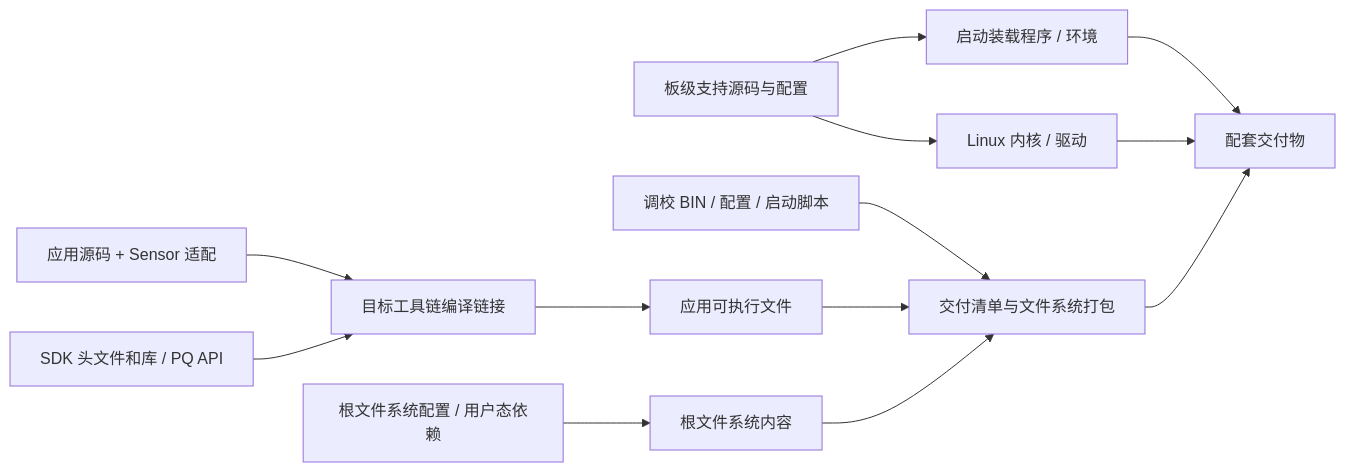
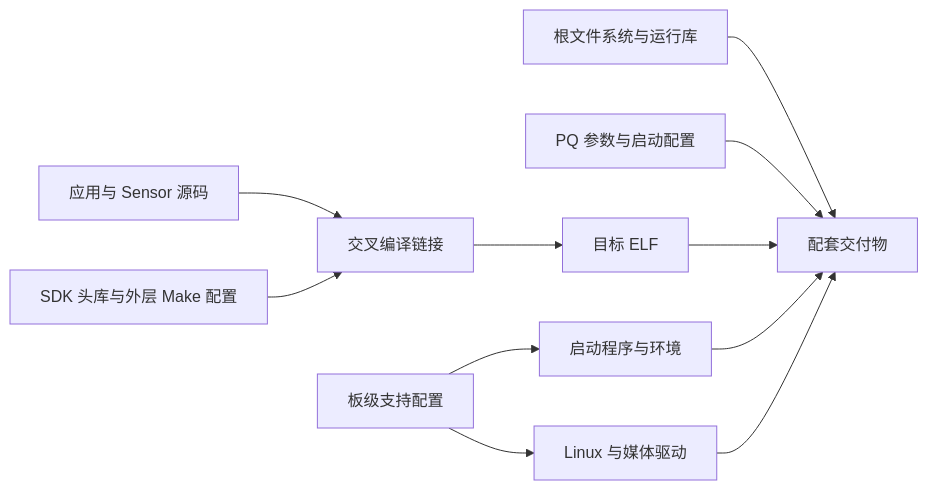
Before and after one commit to Bamboo-tt/Hi3516_Data_Transmission: the first of 3 diagrams in docs/Hi3516CV610_项目学习/01_项目总览与三条流程.md, drawn with Mermaid. The commit also changed other lines of this file and 23 other files, not shown here.

Commit message:
docs: refine Hi3516 learning guide and architecture analysis

````diff
--- a/docs/Hi3516CV610_项目学习/01_项目总览与三条流程.md
+++ b/docs/Hi3516CV610_项目学习/01_项目总览与三条流程.md
@@ -46,15 +51,13 @@
-~~~mermaid
+```mermaid
 flowchart LR
-    BSP["板级支持源码与配置"] --> Boot["启动装载程序 / 环境"]
-    BSP --> Kernel["Linux 内核 / 驱动"]
-    RootCfg["根文件系统配置 / 用户态依赖"] --> Rootfs["根文件系统内容"]
-    AppSrc["应用源码 + Sensor 适配"] --> Build["目标工具链编译链接"]
-    SDK["SDK 头文件和库 / PQ API"] --> Build
-    Build --> App["应用可执行文件"]
-    PQ["调校 BIN / 配置 / 启动脚本"] --> Package["交付清单与文件系统打包"]
-    App --> Package
-    Rootfs --> Package
-    Boot --> Delivery["配套交付物"]
+    BSP["板级支持配置"] --> Boot["启动程序与环境"]
+    BSP --> Kernel["Linux 与媒体驱动"]
+    Src["应用与 Sensor 源码"] --> Build["交叉编译链接"]
+    SDK["SDK 头库与外层 Make 配置"] --> Build
+    Build --> App["目标 ELF"]
+    Root["根文件系统与运行库"] --> Delivery["配套交付物"]
+    PQ["PQ 参数与启动配置"] --> Delivery
+    App --> Delivery
+    Boot --> Delivery
     Kernel --> Delivery
-    Package --> Delivery
-~~~
+```
````
